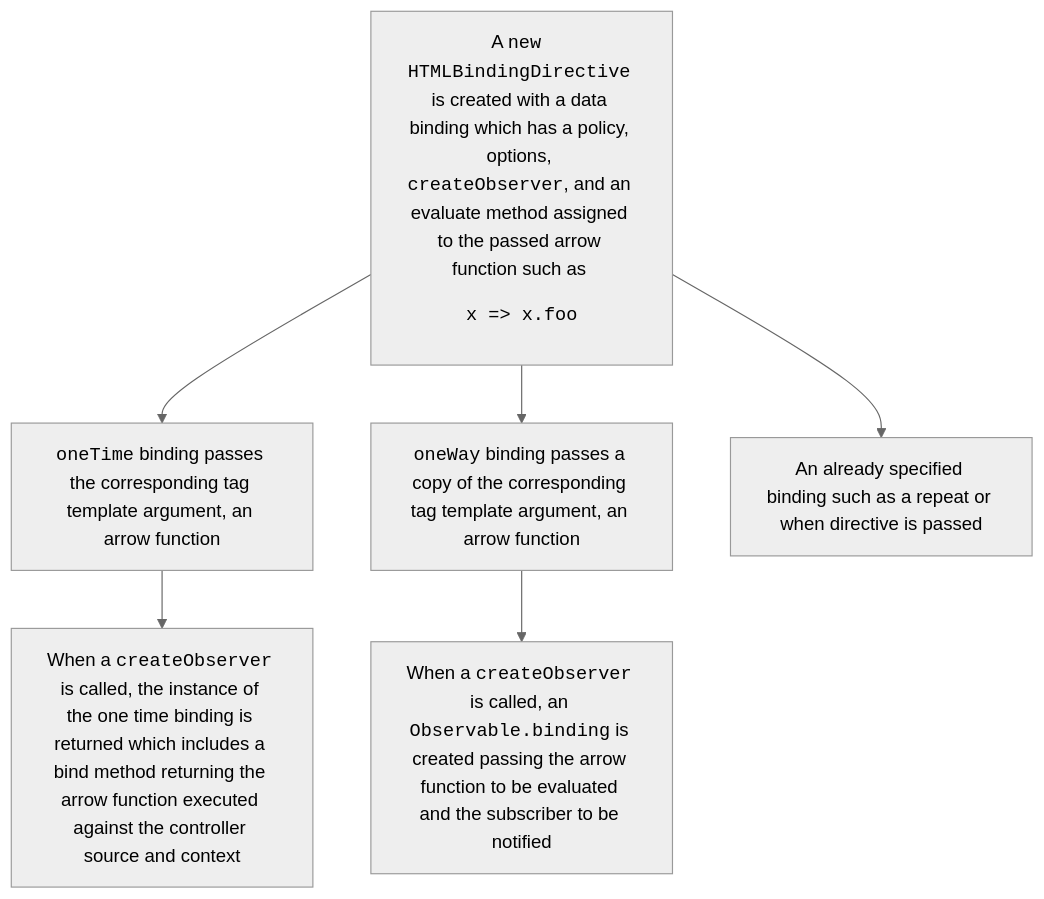
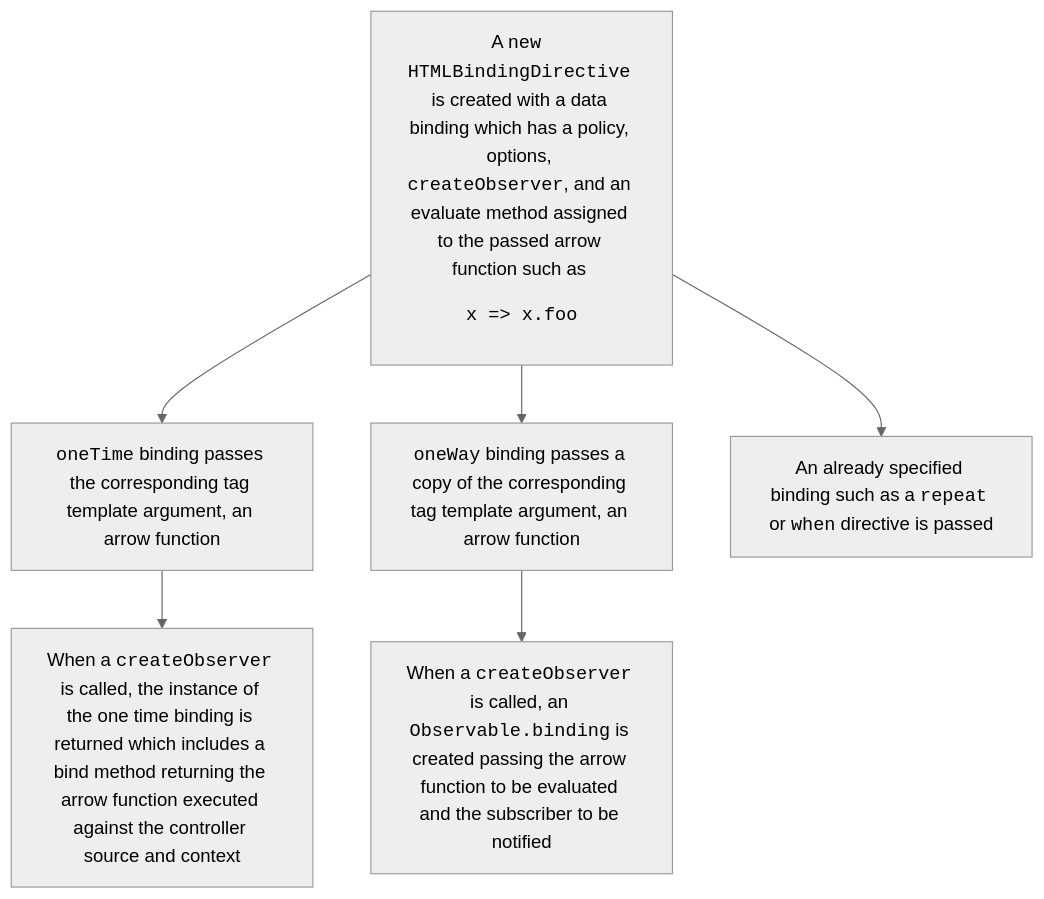
Before and after one commit to microsoft/fast: the third of 6 diagrams in packages/web-components/fast-element/ARCHITECTURE.md, drawn with Mermaid (neutral theme). The commit also changed other lines of this file, not shown here.

````diff
--- a/packages/web-components/fast-element/ARCHITECTURE.md
+++ b/packages/web-components/fast-element/ARCHITECTURE.md
@@ -59,14 +61,14 @@
 ```mermaid
 flowchart TD
     A[A <code>new HTMLBindingDirective</code> is created with a data binding which has a policy, options, <code>createObserver</code>, and an evaluate method assigned to the passed arrow function such as <pre>x => x.foo</pre>]
     B[<code>oneTime</code> binding passes the corresponding tag template argument, an arrow function]
     C[<code>oneWay</code> binding passes a copy of the corresponding tag template argument, an arrow function]
-    D[An already specified binding such as a repeat or when directive is passed]
+    D[An already specified binding such as a <code>repeat</code> or <code>when</code> directive is passed]
     A --> B
     A --> C
     A --> D
     E[When a <code>createObserver</code> is called, an <code>Observable.binding</code> is created passing the arrow function to be evaluated and the subscriber to be notified]
     C --> E
     F[When a <code>createObserver</code> is called, the instance of the one time binding is returned which includes a bind method returning the arrow function executed against the controller source and context]
     B --> F
 ```
````
